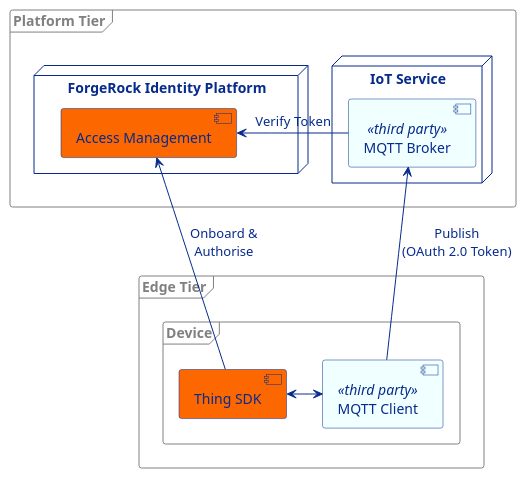
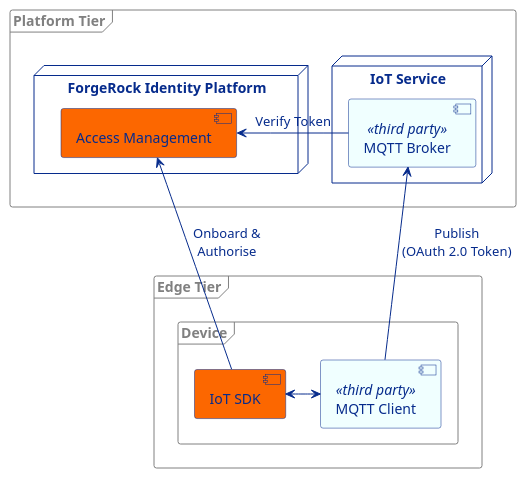
Before and after one commit to ForgeRock/iot-edge: the diagram in docs/platform-authorisation.puml, drawn with PlantUML. The commit also changed 68 other files, not shown here.

```diff
--- a/docs/platform-authorisation.puml
+++ b/docs/platform-authorisation.puml
@@ -1,38 +1,38 @@
 @startuml
 
 skinparam component {
   FontColor #062b8c
   BackgroundColor #fc6700
   BorderColor #062b8c
   BackgroundColor<<third party>> azure
   ArrowColor #062b8c
   ArrowFontColor #062b8c
 }
 skinparam node {
   BorderColor #062b8c
   FontColor #062b8c
 }
 skinparam frame {
   BorderColor Grey
   FontColor Grey
 }
 
 frame "Edge Tier" {
     frame "Device" {
-        [Thing SDK] as ac
+        [IoT SDK] as ac
         [MQTT Client] as mc <<third party>>
     }
 }
 frame "Platform Tier" {
     node "ForgeRock Identity Platform" {
         [Access Management] as am
     }
     node "IoT Service" {
         [MQTT Broker] as mb <<third party>>
     }
 }
 ac -up-> am : Onboard &\nAuthorise
 ac <-left-> mc
 mc -up-> mb : Publish\n(OAuth 2.0 Token)
 mb -left-> am : Verify Token
 @enduml
```
